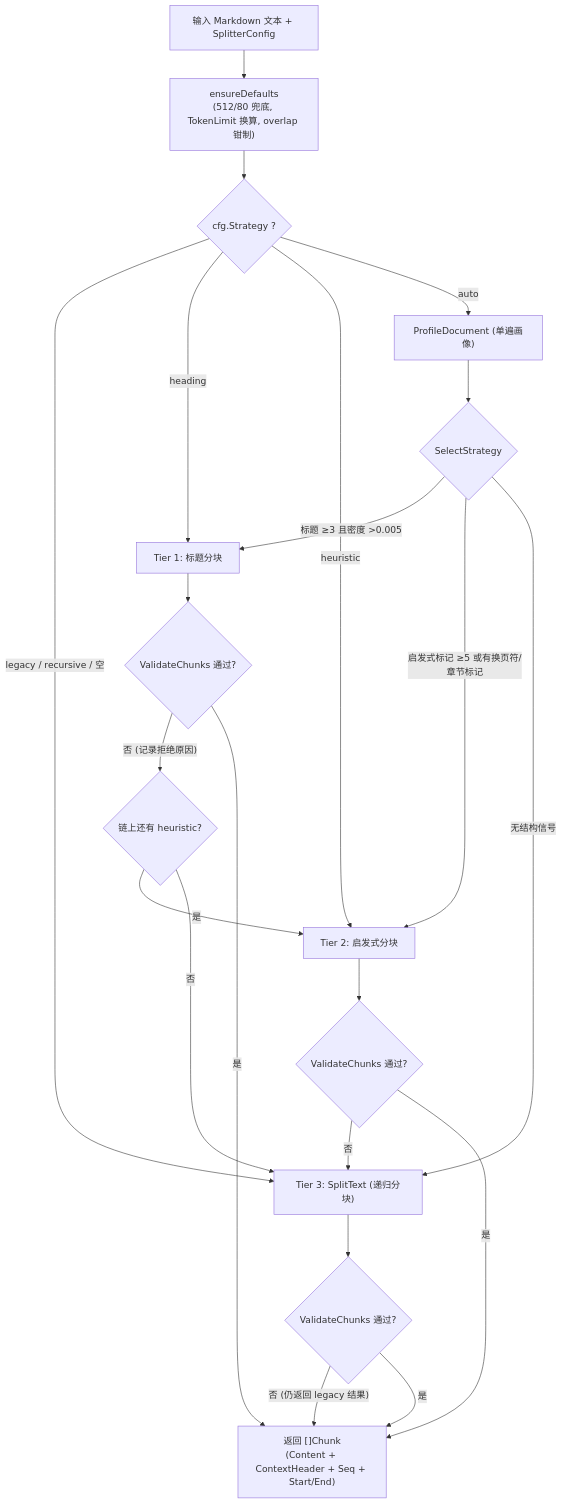
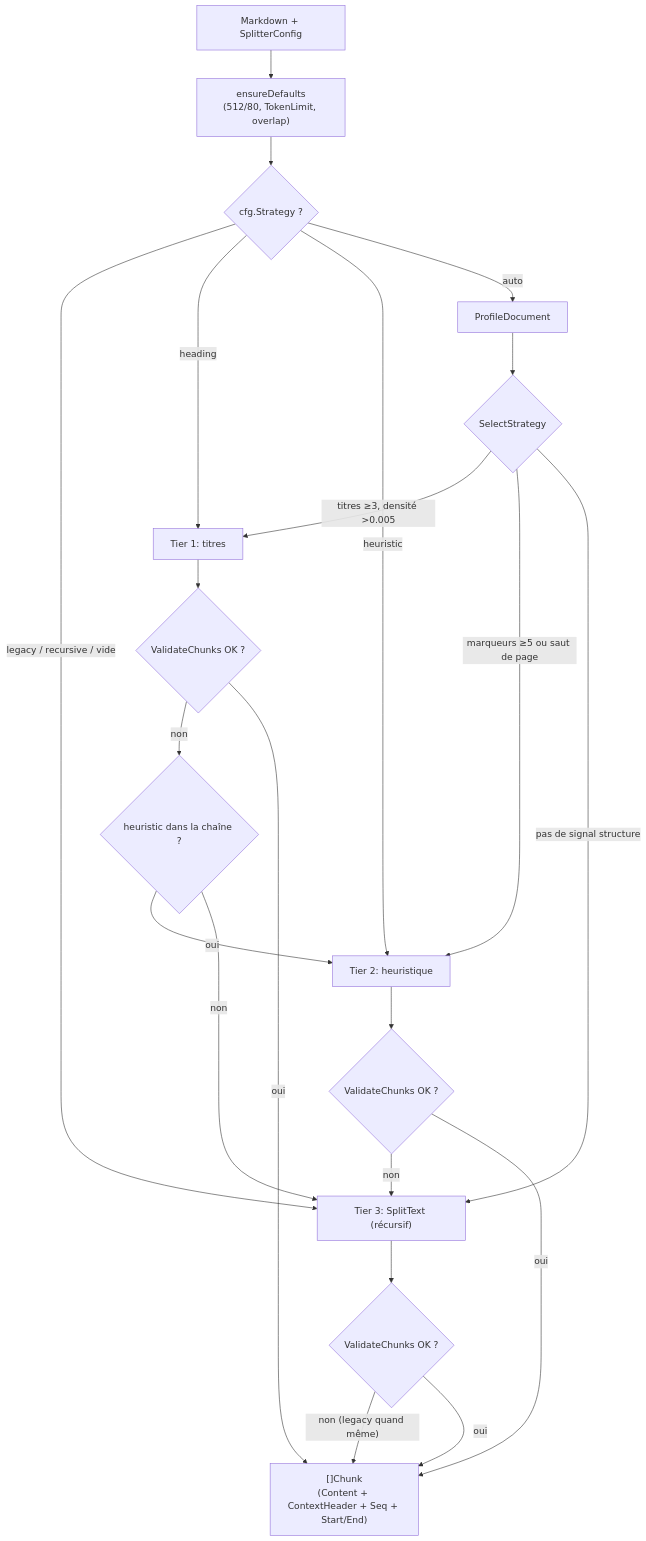
Before and after one commit to samiriggui-code/gsms-template: the first of 2 diagrams in website-docs/03-features/04-chunking.md, drawn with Mermaid. The commit also changed other lines of this file and 301 other files, not shown here.

````diff
--- a/website-docs/03-features/04-chunking.md
+++ b/website-docs/03-features/04-chunking.md
@@ -136,24 +136,24 @@
 ```mermaid
 flowchart TD
-    A["输入 Markdown 文本 + SplitterConfig"] --> B["ensureDefaults<br/>(512/80 兜底, TokenLimit 换算, overlap 钳制)"]
+    A["Markdown + SplitterConfig"] --> B["ensureDefaults<br/>(512/80, TokenLimit, overlap)"]
     B --> C{"cfg.Strategy ?"}
-    C -->|"legacy / recursive / 空"| L["Tier 3: SplitText (递归分块)"]
-    C -->|"heading"| H1["Tier 1: 标题分块"]
-    C -->|"heuristic"| H2["Tier 2: 启发式分块"]
-    C -->|"auto"| P["ProfileDocument (单遍画像)"]
+    C -->|"legacy / recursive / vide"| L["Tier 3: SplitText (récursif)"]
+    C -->|"heading"| H1["Tier 1: titres"]
+    C -->|"heuristic"| H2["Tier 2: heuristique"]
+    C -->|"auto"| P["ProfileDocument"]
     P --> S{"SelectStrategy"}
-    S -->|"标题 ≥3 且密度 >0.005"| H1
-    S -->|"启发式标记 ≥5 或有换页符/章节标记"| H2
-    S -->|"无结构信号"| L
-    H1 --> V1{"ValidateChunks 通过?"}
-    V1 -->|"否 (记录拒绝原因)"| H2X{"链上还有 heuristic?"}
-    H2X -->|"是"| H2
-    H2X -->|"否"| L
-    H2 --> V2{"ValidateChunks 通过?"}
-    V2 -->|"否"| L
-    L --> V3{"ValidateChunks 通过?"}
-    V3 -->|"否 (仍返回 legacy 结果)"| OUT
-    V1 -->|"是"| OUT["返回 []Chunk<br/>(Content + ContextHeader + Seq + Start/End)"]
-    V2 -->|"是"| OUT
-    V3 -->|"是"| OUT
+    S -->|"titres ≥3, densité >0.005"| H1
+    S -->|"marqueurs ≥5 ou saut de page"| H2
+    S -->|"pas de signal structure"| L
+    H1 --> V1{"ValidateChunks OK ?"}
+    V1 -->|"non"| H2X{"heuristic dans la chaîne ?"}
+    H2X -->|"oui"| H2
+    H2X -->|"non"| L
+    H2 --> V2{"ValidateChunks OK ?"}
+    V2 -->|"non"| L
+    L --> V3{"ValidateChunks OK ?"}
+    V3 -->|"non (legacy quand même)"| OUT
+    V1 -->|"oui"| OUT["[]Chunk<br/>(Content + ContextHeader + Seq + Start/End)"]
+    V2 -->|"oui"| OUT
+    V3 -->|"oui"| OUT
 ```
````
